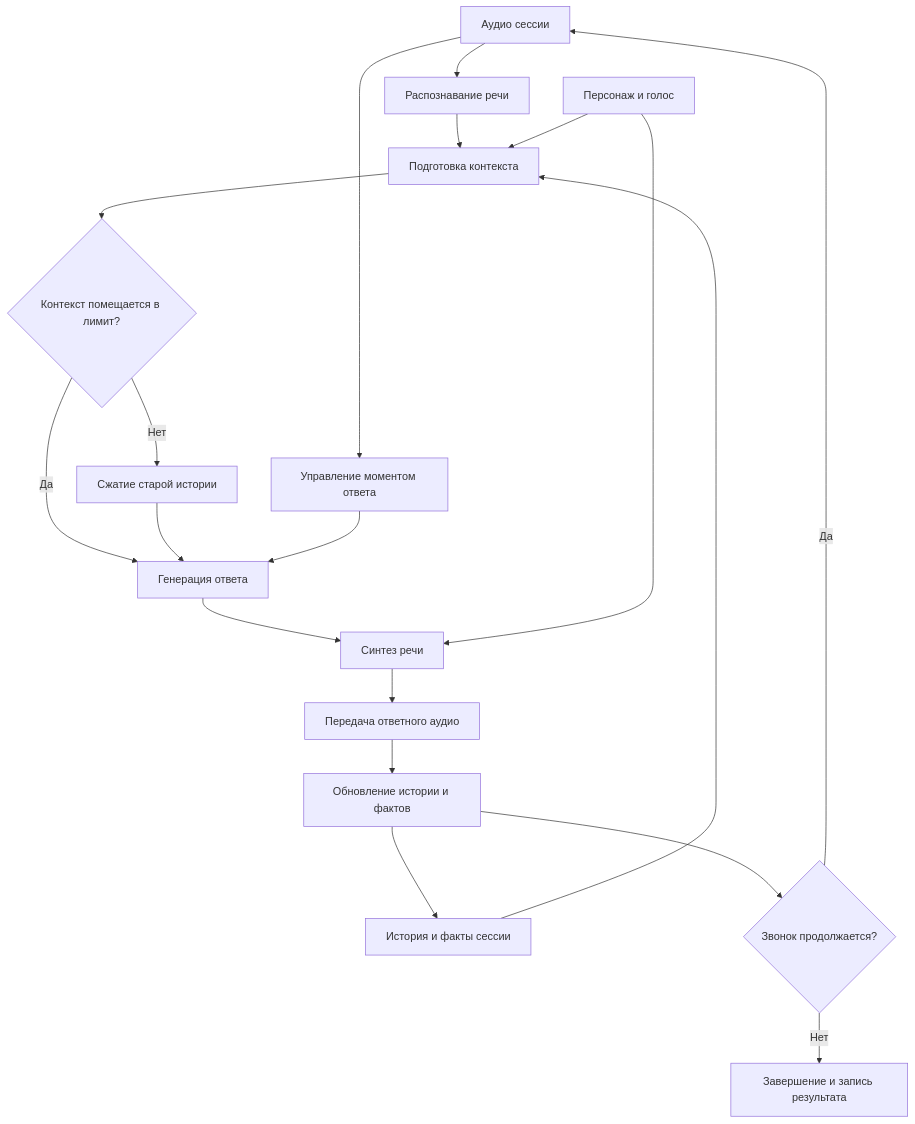
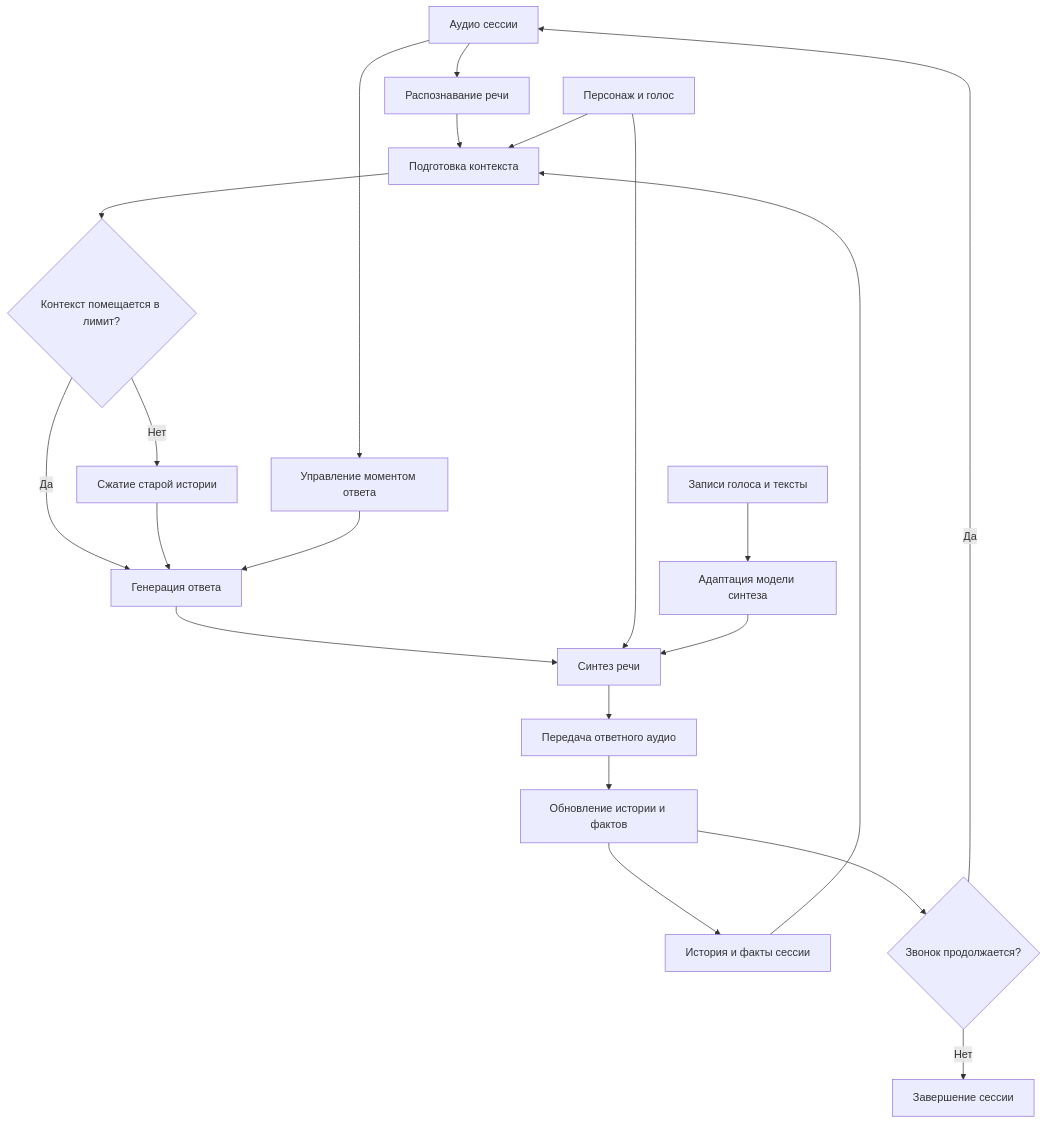
The second of 2 diagrams in docs/ml_system_design_doc.md (mkgs210/MLSD_2026), drawn with Mermaid before and after one commit. The commit also changed other lines of this file, not shown here.

````diff
--- a/docs/ml_system_design_doc.md
+++ b/docs/ml_system_design_doc.md
@@ -170,21 +116,23 @@
 ```mermaid
 flowchart TD
     A["Аудио сессии"] --> B["Распознавание речи"]
     A --> C["Управление моментом ответа"]
     B --> D["Подготовка контекста"]
     P["Персонаж и голос"] --> D
     M["История и факты сессии"] --> D
     D --> L{"Контекст помещается в лимит?"}
     L -->|Да| E["Генерация ответа"]
     L -->|Нет| S["Сжатие старой истории"]
     S --> E
     C --> E
     E --> T["Синтез речи"]
     P --> T
+    R["Записи голоса и тексты"] --> F["Адаптация модели синтеза"]
+    F --> T
     T --> O["Передача ответного аудио"]
     O --> U["Обновление истории и фактов"]
     U --> M
     U --> K{"Звонок продолжается?"}
     K -->|Да| A
-    K -->|Нет| Z["Завершение и запись результата"]
+    K -->|Нет| Z["Завершение сессии"]
 ```
````
